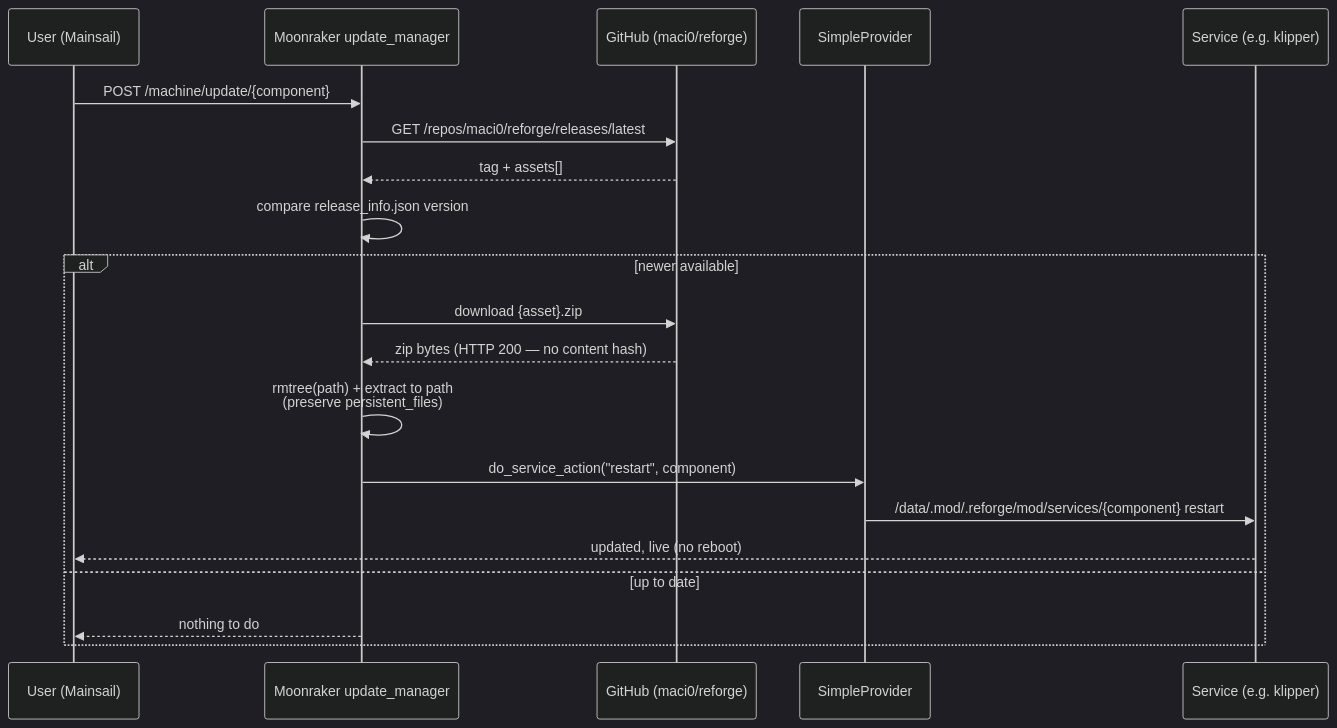
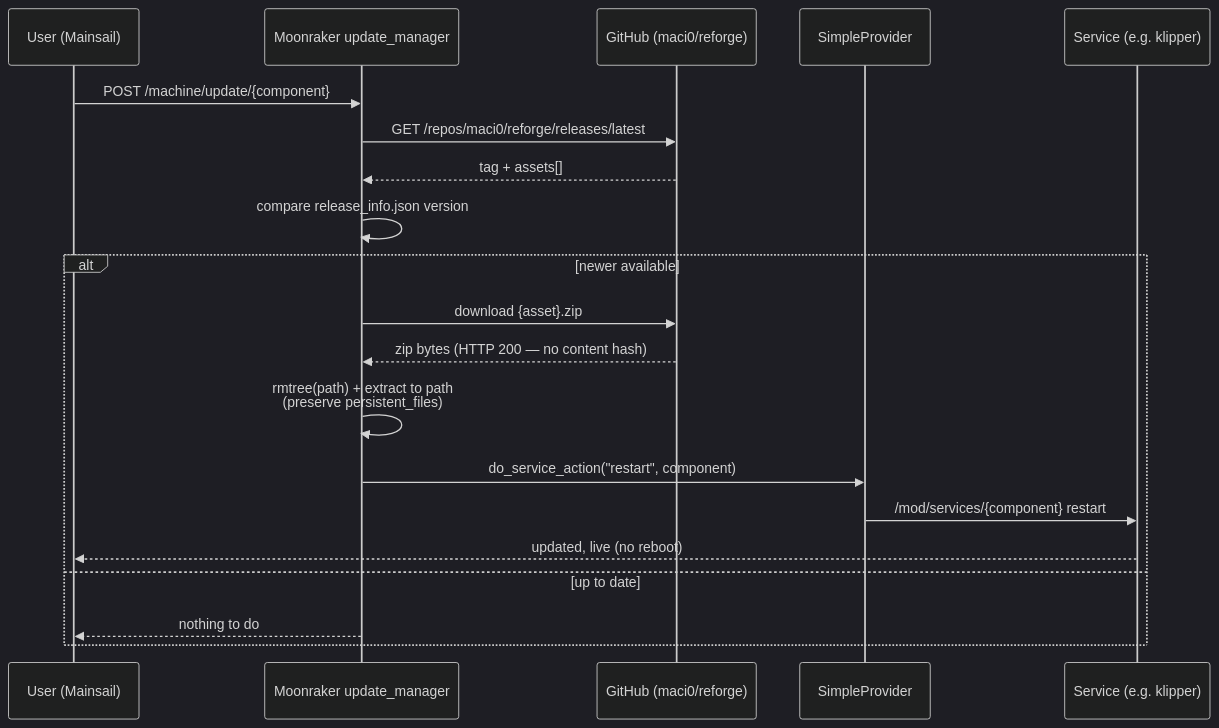
One commit to maci0/reforge changed the second of 3 diagrams in docs/ota.md. Above: the diagram before and after it, drawn with Mermaid (dark theme). The commit also changed other lines of this file and 105 other files, not shown here.

````diff
--- a/docs/ota.md
+++ b/docs/ota.md
@@ -53,23 +63,23 @@
 ```mermaid
 sequenceDiagram
     participant U as User (Mainsail)
     participant M as Moonraker update_manager
     participant GH as GitHub (maci0/reforge)
     participant SP as SimpleProvider
     participant S as Service (e.g. klipper)
 
     U->>M: POST /machine/update/{component}
     M->>GH: GET /repos/maci0/reforge/releases/latest
     GH-->>M: tag + assets[]
     M->>M: compare release_info.json version
     alt newer available
         M->>GH: download {asset}.zip
         GH-->>M: zip bytes (HTTP 200 — no content hash)
         M->>M: rmtree(path) + extract to path<br/>(preserve persistent_files)
         M->>SP: do_service_action("restart", component)
-        SP->>S: /data/.mod/.reforge/mod/services/{component} restart
+        SP->>S: /mod/services/{component} restart
         S-->>U: updated, live (no reboot)
     else up to date
         M-->>U: nothing to do
     end
 ```
````
